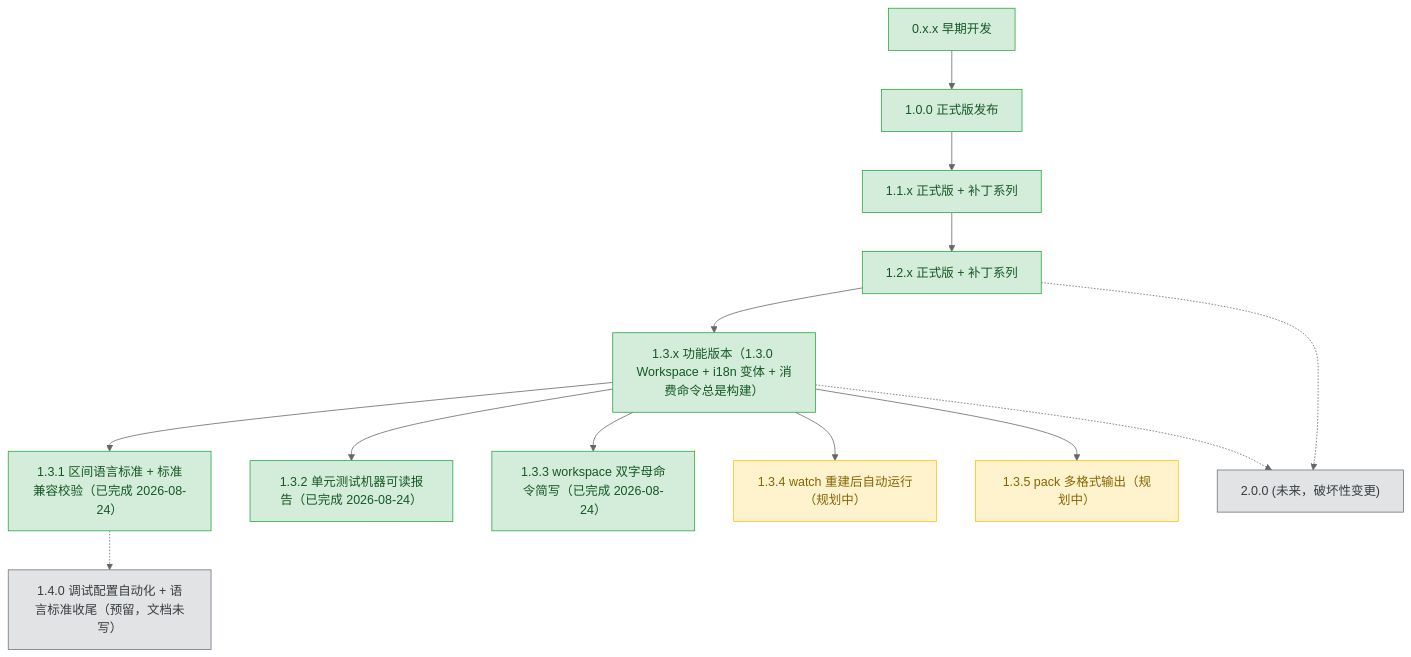
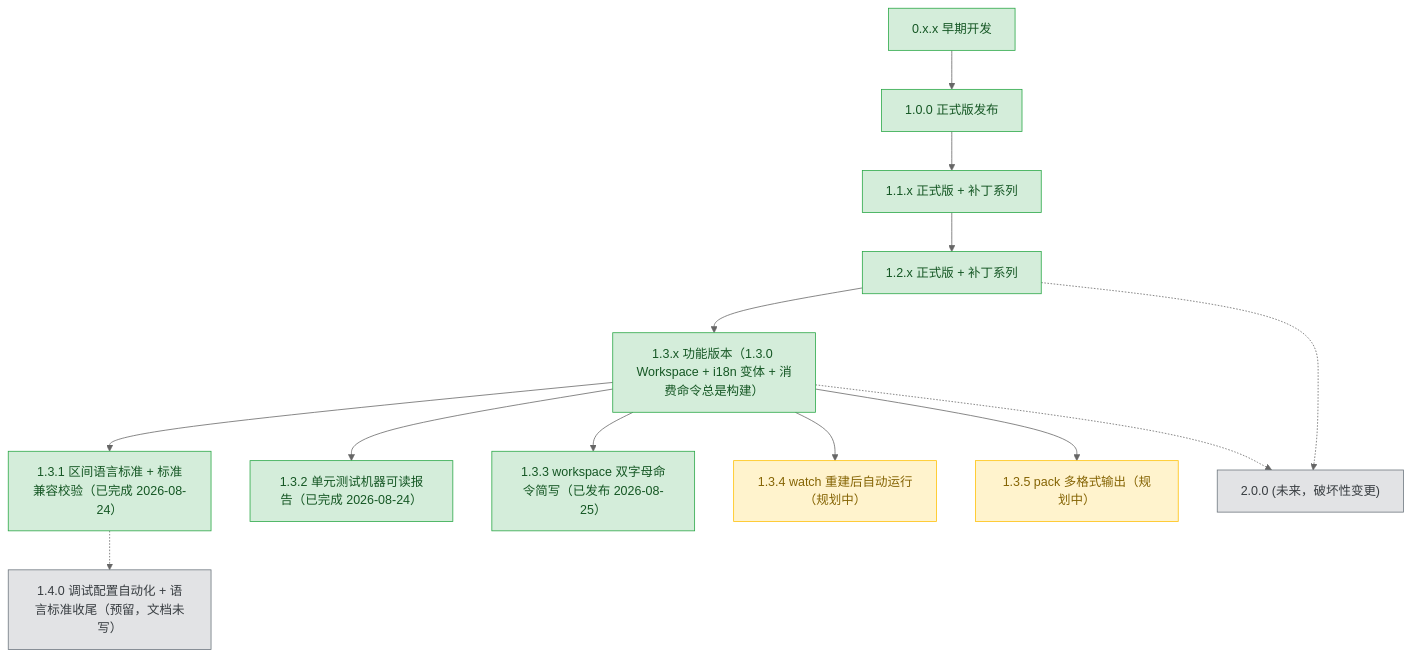
Before and after one commit to 3667808244/EazyMake: the diagram in plans/README.md, drawn with Mermaid (neutral theme). The commit also changed other lines of this file and 2 other files, not shown here.

Commit message:
docs(1.3.3): 发布收尾 — CHANGES.md 跟进项（winget PR #423828 / macos-x64 缺失）+ plans README 标记 1.3.3 已发布（tag v1.3.3，三渠道分发完成）

````diff
--- a/plans/README.md
+++ b/plans/README.md
@@ -63,44 +63,44 @@
 ```mermaid
 graph TD
     v0xx["0.x.x 早期开发"]
     v100["1.0.0 正式版发布"]
     v11x["1.1.x 正式版 + 补丁系列"]
     v12x["1.2.x 正式版 + 补丁系列"]
     v13x["1.3.x 功能版本（1.3.0 Workspace + i18n 变体 + 消费命令总是构建）"]
     v131["1.3.1 区间语言标准 + 标准兼容校验（已完成 2026-08-24）"]
     v132["1.3.2 单元测试机器可读报告（已完成 2026-08-24）"]
-    v133["1.3.3 workspace 双字母命令简写（已完成 2026-08-24）"]
+    v133["1.3.3 workspace 双字母命令简写（已发布 2026-08-25）"]
     v134["1.3.4 watch 重建后自动运行（规划中）"]
     v135["1.3.5 pack 多格式输出（规划中）"]
     v140["1.4.0 调试配置自动化 + 语言标准收尾（预留，文档未写）"]
     v200["2.0.0 (未来，破坏性变更)"]
 
     v0xx --> v100
     v100 --> v11x
     v11x --> v12x
     v12x --> v13x
     v13x --> v131
     v13x --> v132
     v13x --> v133
     v13x --> v134
     v13x --> v135
     v131 -.-> v140
     v12x -.-> v200
     v13x -.-> v200
 
     classDef done fill:#d4edda,stroke:#28a745,color:#155724;
     classDef active fill:#fff3cd,stroke:#ffc107,color:#856404;
     classDef todo fill:#e2e3e5,stroke:#6c757d,color:#383d41;
 
     class v0xx,v100 done;
     class v11x done;
     class v12x done;
     class v13x done;
     class v131 done;
     class v132 done;
     class v133 done;
     class v134 active;
     class v135 active;
     class v140 todo;
     class v200 todo;
 ```
````
